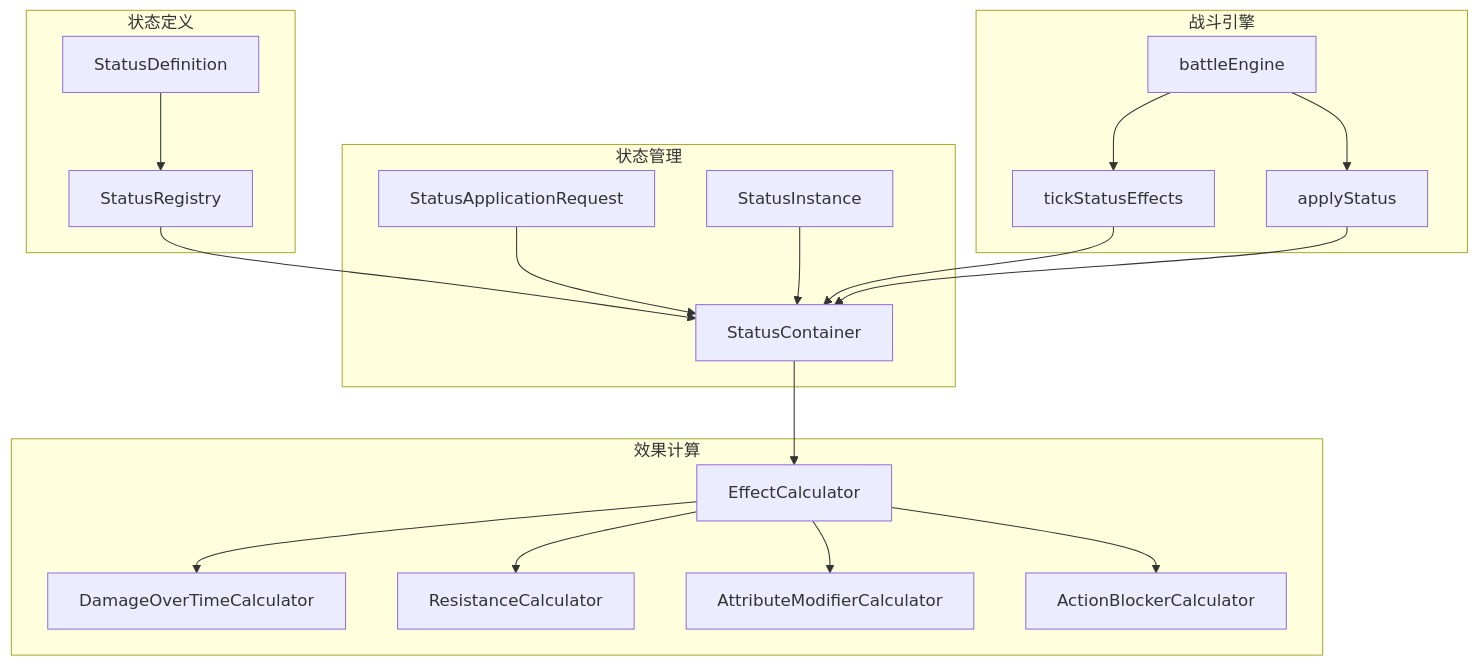
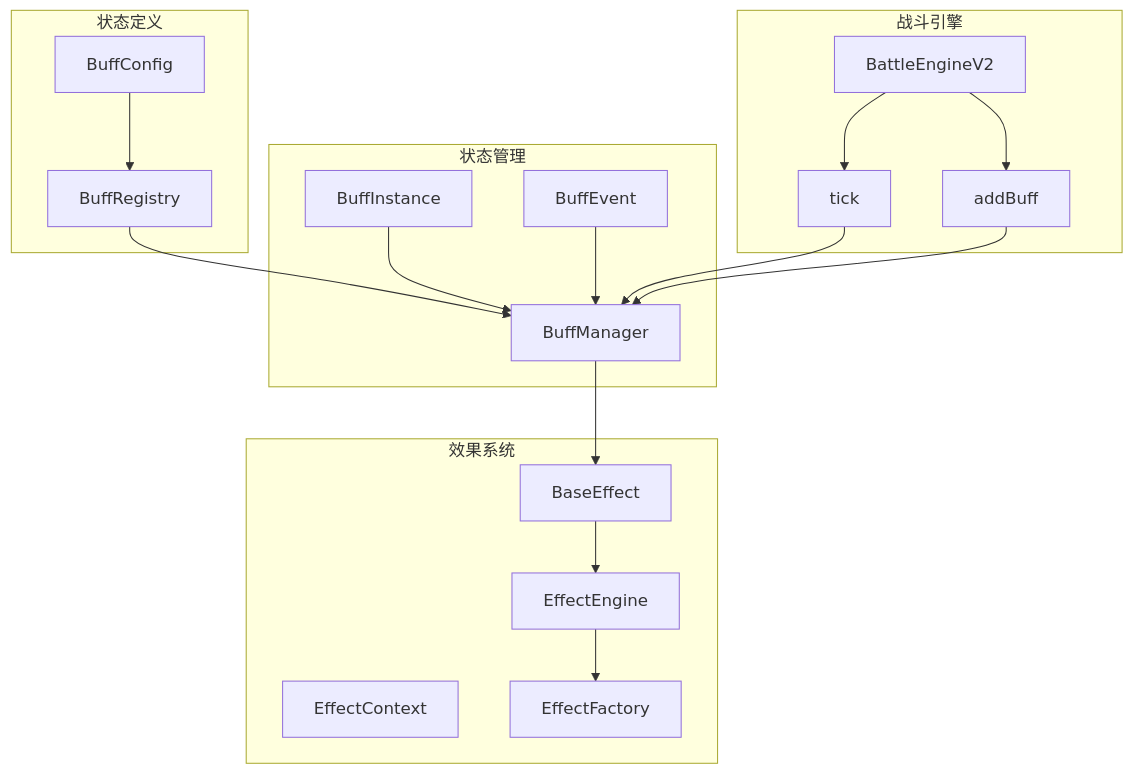
Before and after one commit to ChurchTao/Daoyou: the fifth of 5 diagrams in .qoder/repowiki/zh/content/核心功能模块/战斗系统/战斗流程/回合执行/状态效果系统.md, drawn with Mermaid. The commit also changed other lines of this file and 41 other files, not shown here.

````diff
--- a/.qoder/repowiki/zh/content/核心功能模块/战斗系统/战斗流程/回合执行/状态效果系统.md
+++ b/.qoder/repowiki/zh/content/核心功能模块/战斗系统/战斗流程/回合执行/状态效果系统.md
@@ -236,37 +246,34 @@
 ```mermaid
 graph TB
 subgraph "状态定义"
-Registry[StatusRegistry]
-Definition[StatusDefinition]
+Registry[BuffRegistry]
+Config[BuffConfig]
 end
 subgraph "状态管理"
-Container[StatusContainer]
-Instance[StatusInstance]
-Request[StatusApplicationRequest]
+Manager[BuffManager]
+Instance[BuffInstance]
+Event[BuffEvent]
 end
-subgraph "效果计算"
-Calculator[EffectCalculator]
-DOT[DamageOverTimeCalculator]
-Resistance[ResistanceCalculator]
-Attribute[AttributeModifierCalculator]
-Action[ActionBlockerCalculator]
+subgraph "效果系统"
+Engine[EffectEngine]
+Context[EffectContext]
+Effect[BaseEffect]
+Factory[EffectFactory]
 end
 subgraph "战斗引擎"
-BattleEngine[battleEngine]
-Tick[tickStatusEffects]
-Apply[applyStatus]
+BattleEngine[BattleEngineV2]
+Tick[tick]
+Apply[addBuff]
 end
-Registry --> Container
-Definition --> Registry
-Request --> Container
-Instance --> Container
-Container --> Calculator
-Calculator --> DOT
-Calculator --> Resistance
-Calculator --> Attribute
-Calculator --> Action
+Registry --> Manager
+Config --> Registry
+Instance --> Manager
+Event --> Manager
+Manager --> Effect
+Effect --> Engine
+Engine --> Factory
 BattleEngine --> Tick
 BattleEngine --> Apply
-Tick --> Container
-Apply --> Container
+Tick --> Manager
+Apply --> Manager
 ```
````
